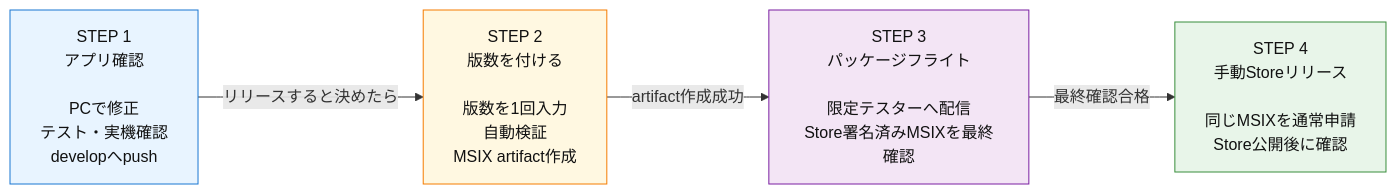
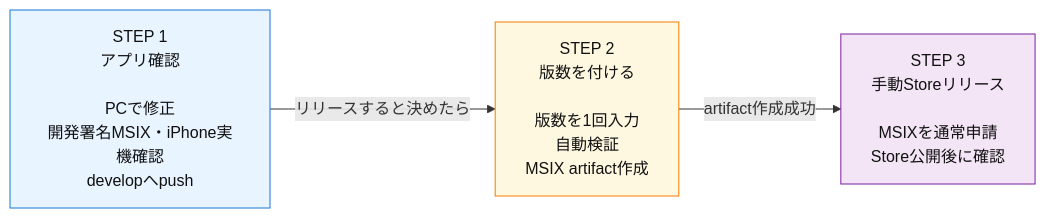
The diagram in docs/010_RELEASE.md (ore-no-fusen/ore-no-fusen), drawn with Mermaid before and after one commit. The commit also changed other lines of this file and 2 other files, not shown here.

````diff
--- a/docs/010_RELEASE.md
+++ b/docs/010_RELEASE.md
@@ -7,16 +7,13 @@
 ```mermaid
 flowchart LR
-    A["STEP 1<br/>アプリ確認<br/><br/>PCで修正<br/>テスト・実機確認<br/>developへpush"]
+    A["STEP 1<br/>アプリ確認<br/><br/>PCで修正<br/>開発署名MSIX・iPhone実機確認<br/>developへpush"]
     B["STEP 2<br/>版数を付ける<br/><br/>版数を1回入力<br/>自動検証<br/>MSIX artifact作成"]
-    C["STEP 3<br/>パッケージフライト<br/><br/>限定テスターへ配信<br/>Store署名済みMSIXを最終確認"]
-    D["STEP 4<br/>手動Storeリリース<br/><br/>同じMSIXを通常申請<br/>Store公開後に確認"]
+    C["STEP 3<br/>手動Storeリリース<br/><br/>MSIXを通常申請<br/>Store公開後に確認"]
 
     A -->|リリースすると決めたら| B
     B -->|artifact作成成功| C
-    C -->|最終確認合格| D
 
     style A fill:#e8f4ff,stroke:#1976d2,color:#111
     style B fill:#fff8e1,stroke:#f57c00,color:#111
     style C fill:#f3e5f5,stroke:#7b1fa2,color:#111
-    style D fill:#e8f5e9,stroke:#388e3c,color:#111
 ```
````
